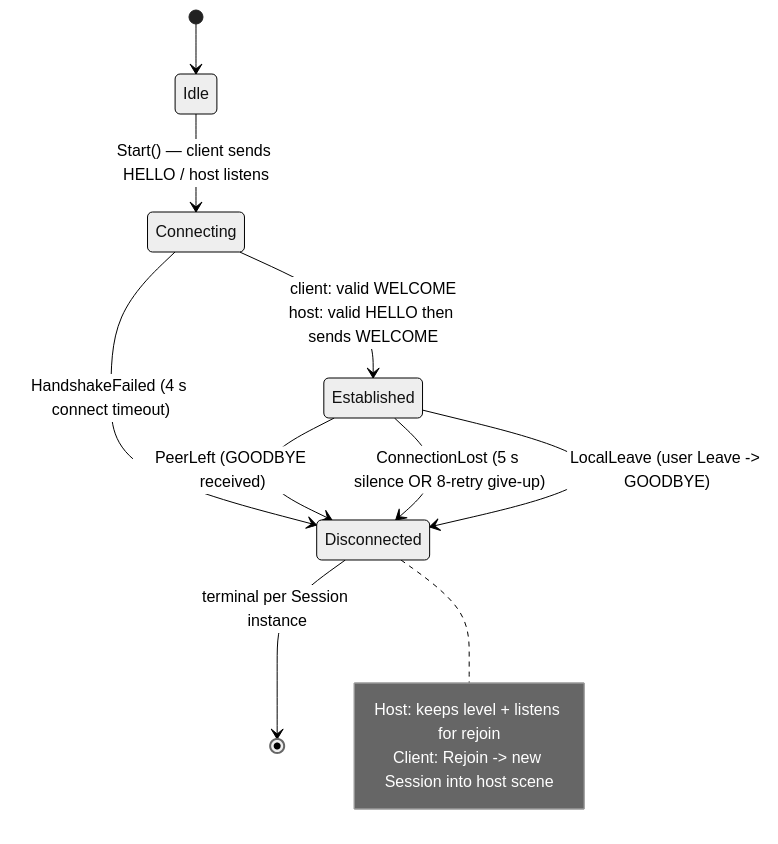
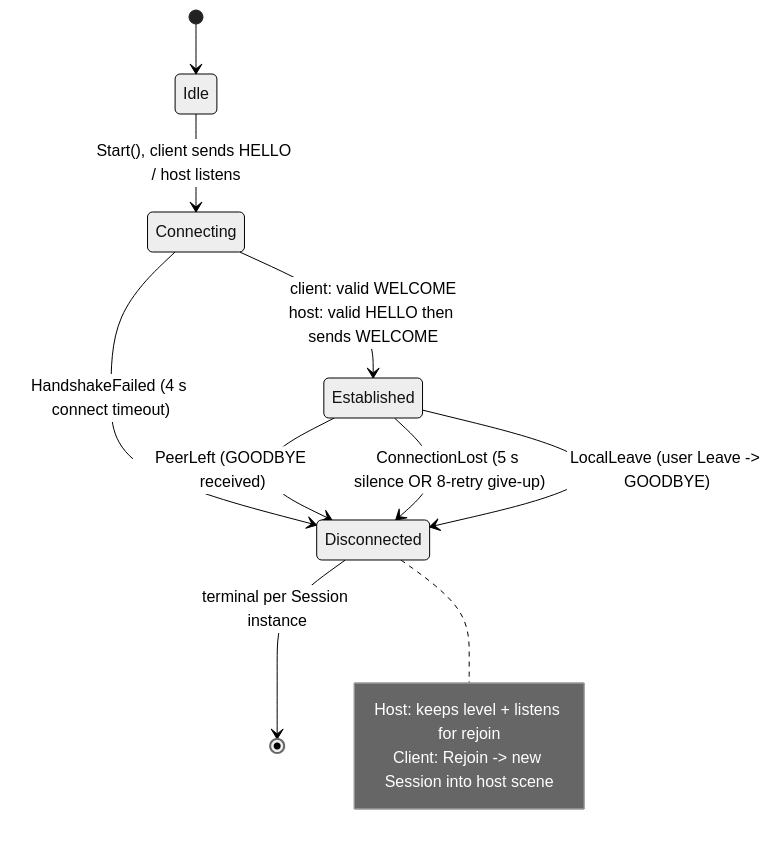
One commit to Kerem-Kurt/jump-now-bro changed the ninth of 10 diagrams in docs/networking.md. Above: the diagram before and after it, drawn with Mermaid (neutral theme). The commit also changed other lines of this file and 3 other files, not shown here.

````diff
--- a/docs/networking.md
+++ b/docs/networking.md
@@ -315,15 +315,15 @@
 ```mermaid
 stateDiagram-v2
     [*] --> Idle
-    Idle --> Connecting : Start() — client sends HELLO / host listens
+    Idle --> Connecting : Start(), client sends HELLO / host listens
     Connecting --> Established : client: valid WELCOME<br/>host: valid HELLO then sends WELCOME
     Connecting --> Disconnected : HandshakeFailed (4 s connect timeout)
     Established --> Disconnected : PeerLeft (GOODBYE received)
     Established --> Disconnected : ConnectionLost (5 s silence OR 8-retry give-up)
     Established --> Disconnected : LocalLeave (user Leave -> GOODBYE)
     Disconnected --> [*] : terminal per Session instance
     note right of Disconnected
       Host: keeps level + listens for rejoin
       Client: Rejoin -> new Session into host scene
     end note
 ```
````
